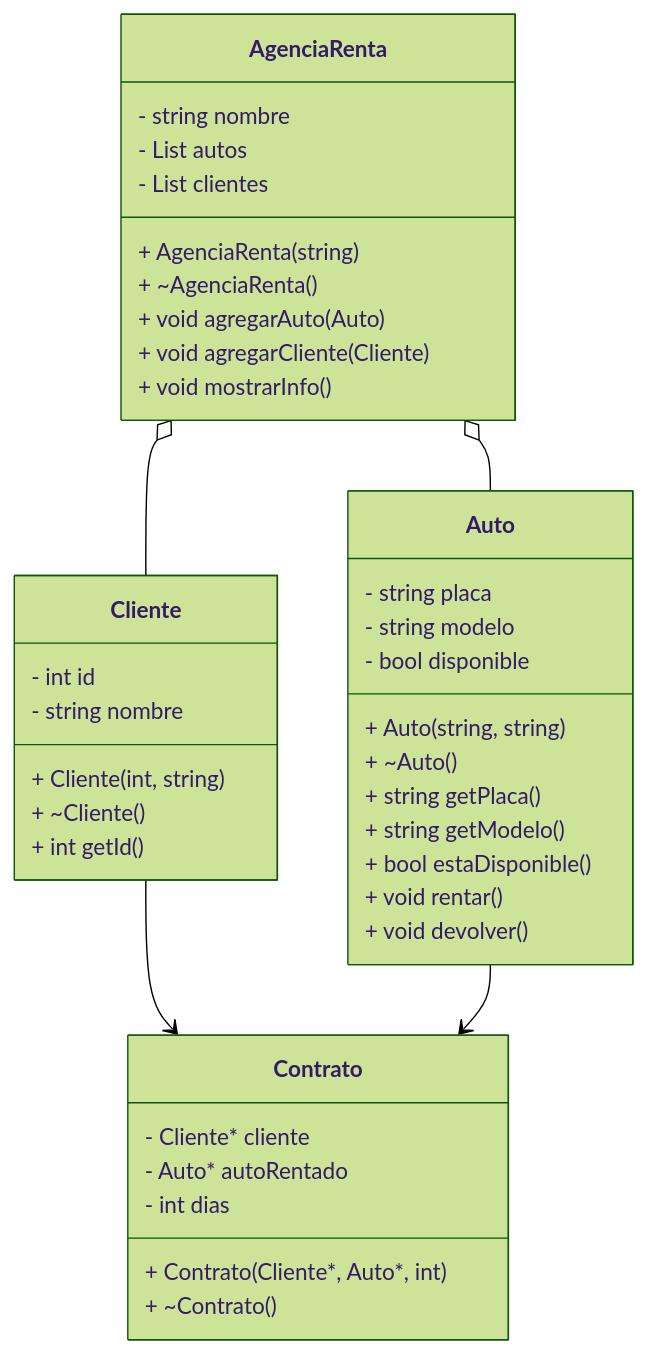
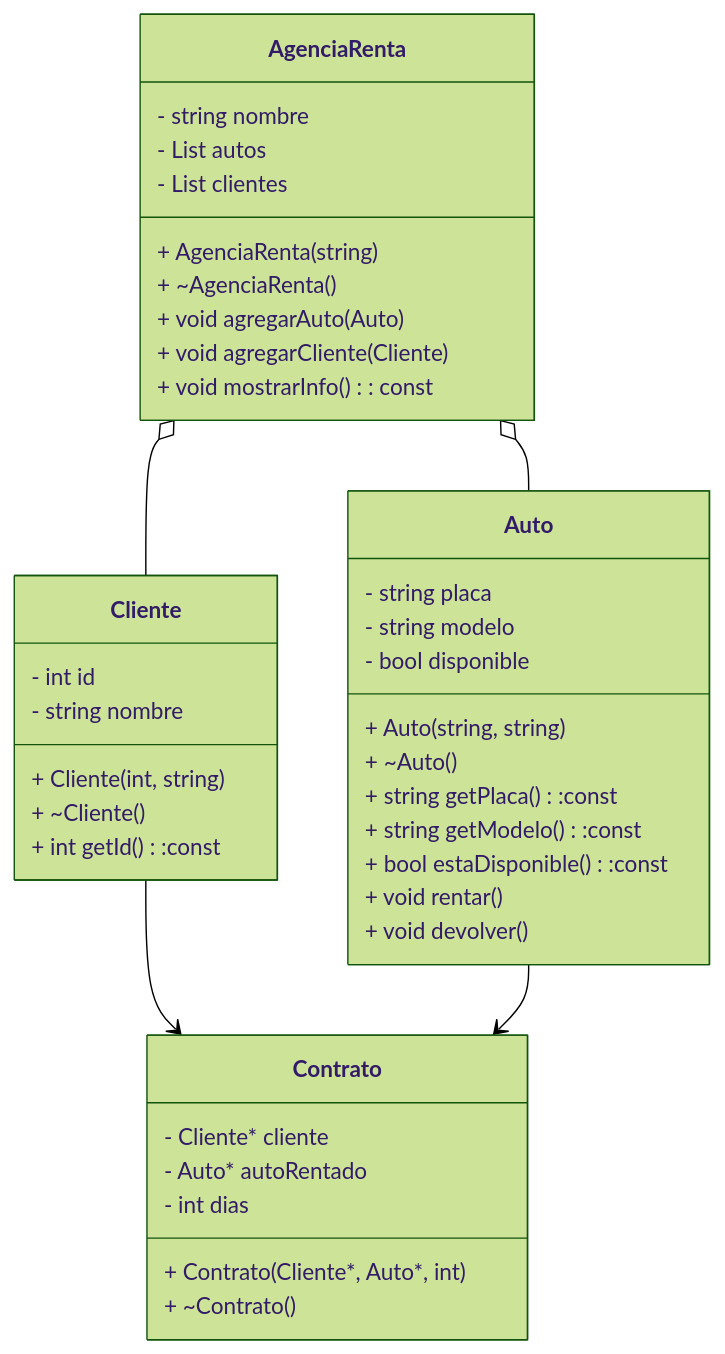
The second of 2 diagrams in README.md (juanferml/diagramasUML), drawn with Mermaid (forest theme) before and after one commit.

````diff
--- a/README.md
+++ b/README.md
@@ -43,50 +43,48 @@
 ```mermaid
 classDiagram
 	
 	class Auto {
 		- string placa
 		- string modelo
 		- bool disponible
 		+ Auto(string, string)
 		+ ~Auto()
-		+ string getPlaca()
-		+ string getModelo()
-		+ bool estaDisponible()
+		+ string getPlaca():const
+		+ string getModelo():const
+		+ bool estaDisponible():const
 		+ void rentar()
 		+ void devolver()
 	}
 	
 	class Cliente {
 		- int id
 		- string nombre
 		+ Cliente(int, string)
 		+ ~Cliente()
-		+ int getId()
+		+ int getId():const
 	}
 
 	class Contrato {
 		- Cliente* cliente
 		- Auto* autoRentado
 		- int dias
 		+ Contrato(Cliente*, Auto*, int)
 		+ ~Contrato()
 	}
 
 	class AgenciaRenta {
 		- string nombre
 		- List<Auto> autos
 		- List<Cliente> clientes
 		+ AgenciaRenta(string)
 		+ ~AgenciaRenta()
 		+ void agregarAuto(Auto)
 		+ void agregarCliente(Cliente)
-		+ void mostrarInfo()
+		+ void mostrarInfo() : const
 	}
 
 	Cliente --> Contrato
 	Auto --> Contrato
  	AgenciaRenta o-- Auto 
 	AgenciaRenta o-- Cliente 
-
-
 ```
````
